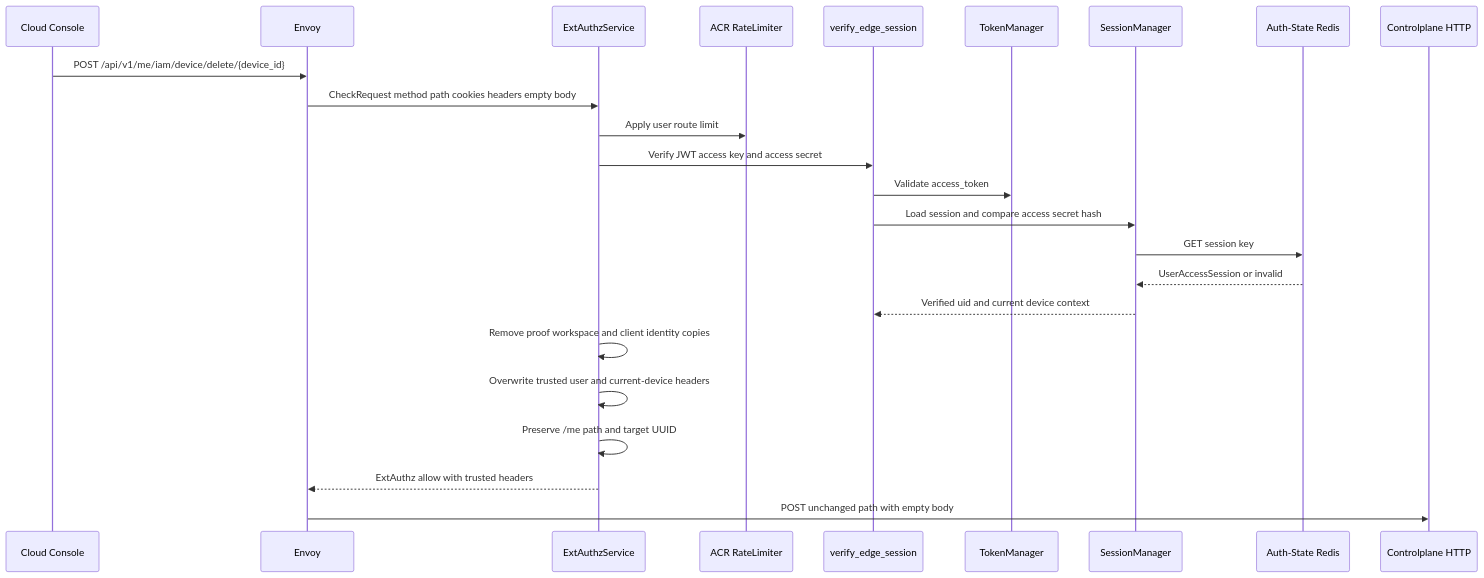
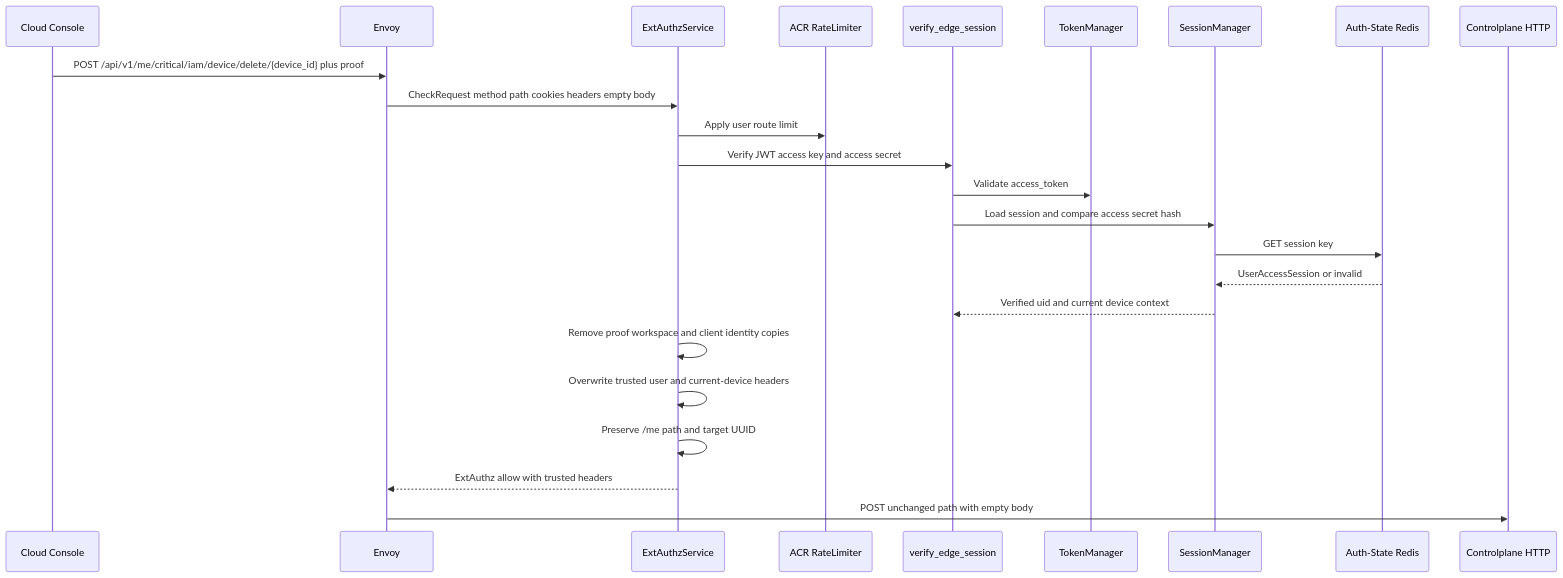
One commit to phucle996/aurora changed the first of 2 diagrams in god_view/iam/user_device_revoke_god_view_workflow.md. Above: the diagram before and after it, drawn with Mermaid. The commit also changed other lines of this file and 132 other files, not shown here.

````diff
--- a/god_view/iam/user_device_revoke_god_view_workflow.md
+++ b/god_view/iam/user_device_revoke_god_view_workflow.md
@@ -94,27 +94,27 @@
 ```mermaid
 sequenceDiagram
     participant Browser as Cloud Console
     participant Envoy as Envoy
     participant ACR as ExtAuthzService
     participant Limit as ACR RateLimiter
     participant Verify as verify_edge_session
     participant Token as TokenManager
     participant Session as SessionManager
     participant Auth as Auth-State Redis
     participant CP as Controlplane HTTP
 
-    Browser->>Envoy: POST /api/v1/me/iam/device/delete/{device_id}
+    Browser->>Envoy: POST /api/v1/me/critical/iam/device/delete/{device_id} plus proof
     Envoy->>ACR: CheckRequest method path cookies headers empty body
     ACR->>Limit: Apply user route limit
     ACR->>Verify: Verify JWT access key and access secret
     Verify->>Token: Validate access_token
     Verify->>Session: Load session and compare access secret hash
     Session->>Auth: GET session key
     Auth-->>Session: UserAccessSession or invalid
     Session-->>Verify: Verified uid and current device context
     ACR->>ACR: Remove proof workspace and client identity copies
     ACR->>ACR: Overwrite trusted user and current-device headers
     ACR->>ACR: Preserve /me path and target UUID
     ACR-->>Envoy: ExtAuthz allow with trusted headers
     Envoy->>CP: POST unchanged path with empty body
 ```
````
